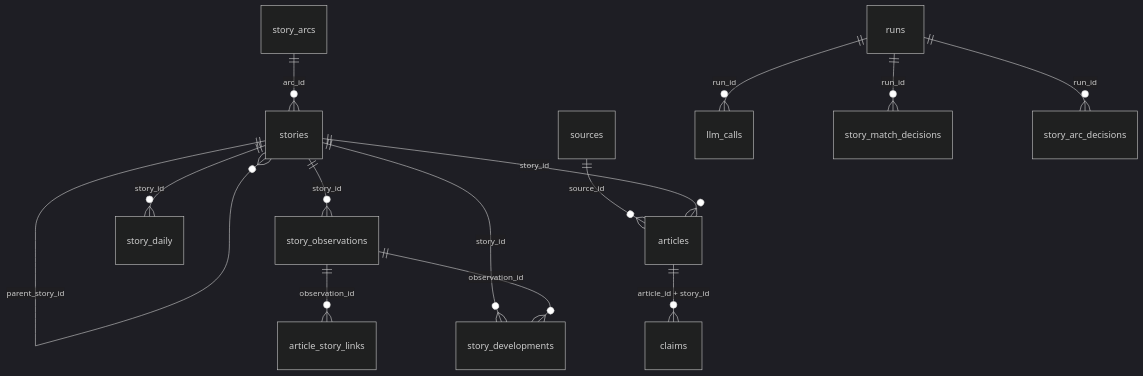
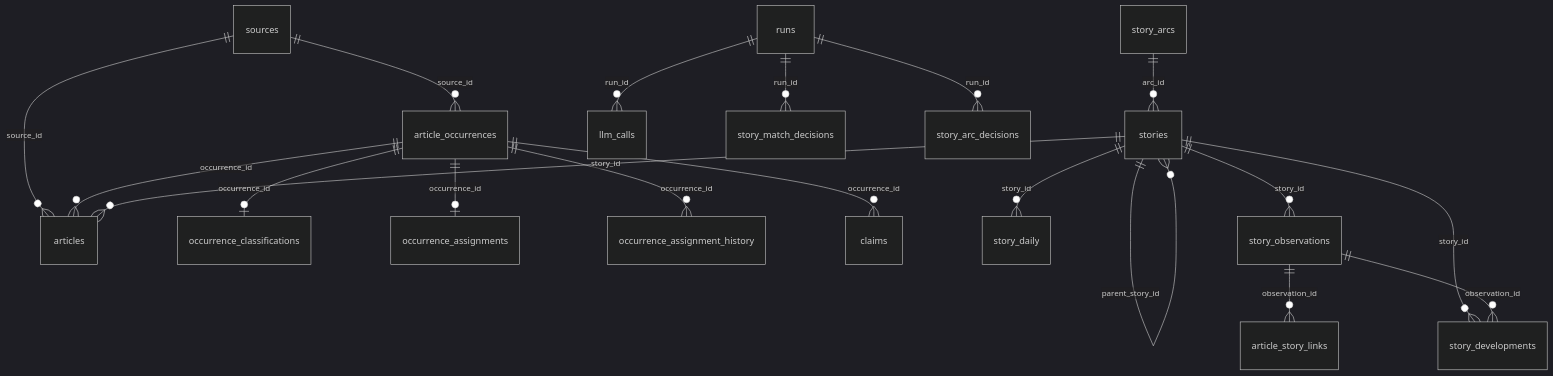
The diagram in docs/database-guide.md (MecGlandorff/News), drawn with Mermaid (dark theme) before and after one commit. The commit also changed other lines of this file and 8 other files, not shown here.

````diff
--- a/docs/database-guide.md
+++ b/docs/database-guide.md
@@ -33,16 +33,21 @@
 ```mermaid
 erDiagram
     sources ||--o{ articles : "source_id"
+    sources ||--o{ article_occurrences : "source_id"
+    article_occurrences ||--o| occurrence_classifications : "occurrence_id"
+    article_occurrences ||--o| occurrence_assignments : "occurrence_id"
+    article_occurrences ||--o{ occurrence_assignment_history : "occurrence_id"
+    article_occurrences ||--o{ articles : "occurrence_id"
+    article_occurrences ||--o{ claims : "occurrence_id"
     story_arcs ||--o{ stories : "arc_id"
     stories ||--o{ stories : "parent_story_id"
     stories ||--o{ story_daily : "story_id"
     stories ||--o{ story_observations : "story_id"
     stories ||--o{ story_developments : "story_id"
     stories ||--o{ articles : "story_id"
     story_observations ||--o{ article_story_links : "observation_id"
     story_observations ||--o{ story_developments : "observation_id"
-    articles ||--o{ claims : "article_id + story_id"
     runs ||--o{ llm_calls : "run_id"
     runs ||--o{ story_match_decisions : "run_id"
     runs ||--o{ story_arc_decisions : "run_id"
 ```
````
